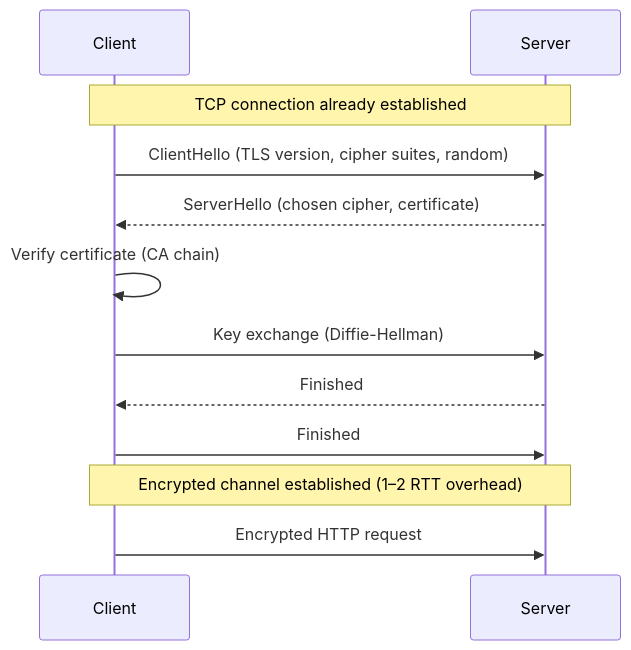
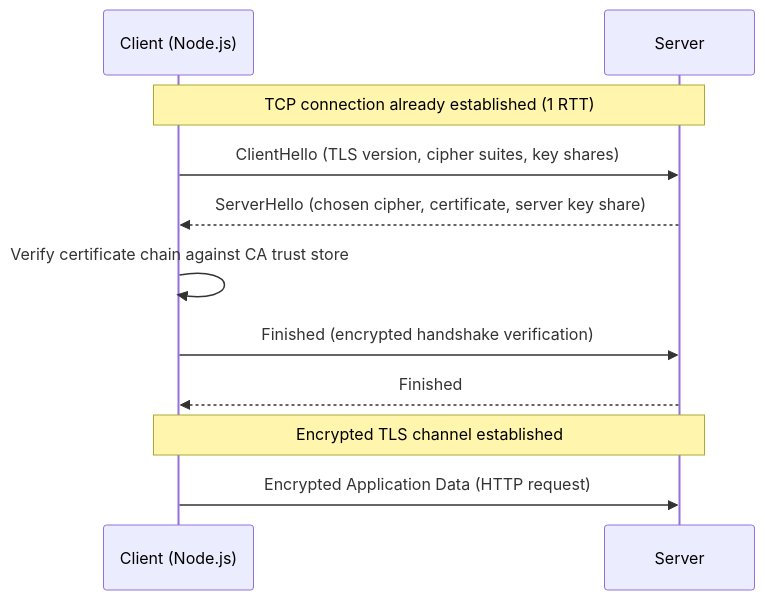
The eighth of 16 diagrams in Backend-engineering/2-Communication-patterns/2-Async-and-Sync-Execution/1.Async-Sync-Execution.md (Patel-Neel-346/Notes), drawn with Mermaid before and after one commit. The commit also changed other lines of this file, not shown here.

````diff
--- a/Backend-engineering/2-Communication-patterns/2-Async-and-Sync-Execution/1.Async-Sync-Execution.md
+++ b/Backend-engineering/2-Communication-patterns/2-Async-and-Sync-Execution/1.Async-Sync-Execution.md
@@ -635,15 +647,14 @@
 ```mermaid
 sequenceDiagram
-    participant C as Client
+    participant C as Client (Node.js)
     participant S as Server
 
-    Note over C,S: TCP connection already established
-    C->>S: ClientHello (TLS version, cipher suites, random)
-    S-->>C: ServerHello (chosen cipher, certificate)
-    C->>C: Verify certificate (CA chain)
-    C->>S: Key exchange (Diffie-Hellman)
+    Note over C,S: TCP connection already established (1 RTT)
+    C->>S: ClientHello (TLS version, cipher suites, key shares)
+    S-->>C: ServerHello (chosen cipher, certificate, server key share)
+    C->>C: Verify certificate chain against CA trust store
+    C->>S: Finished (encrypted handshake verification)
     S-->>C: Finished
-    C->>S: Finished
-    Note over C,S: Encrypted channel established (1–2 RTT overhead)
-    C->>S: Encrypted HTTP request
+    Note over C,S: Encrypted TLS channel established
+    C->>S: Encrypted Application Data (HTTP request)
 ```
````
